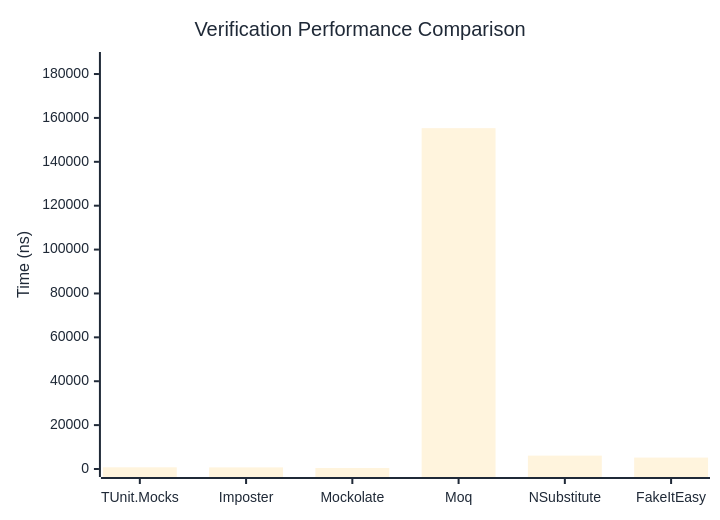
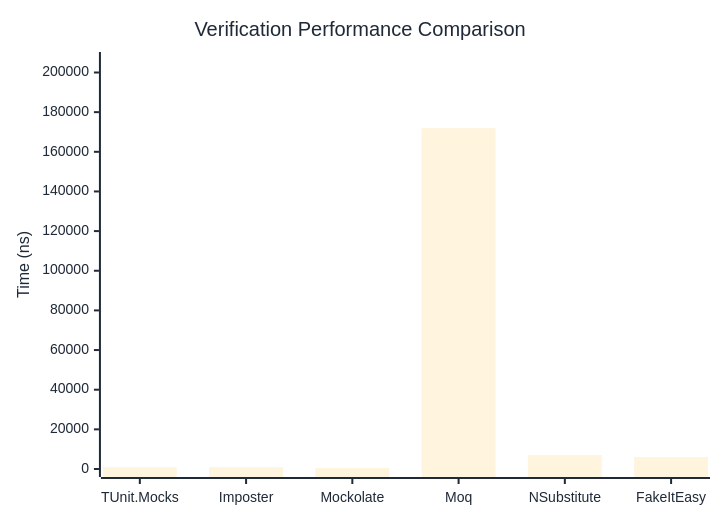
One commit to thomhurst/TUnit changed the first of 3 diagrams in docs/docs/benchmarks/mocks/Verification.md. Above: the diagram before and after it, drawn with Mermaid. The commit also changed other lines of this file and 14 other files, not shown here.

````diff
--- a/docs/docs/benchmarks/mocks/Verification.md
+++ b/docs/docs/benchmarks/mocks/Verification.md
@@ -30,27 +30,27 @@
 ```mermaid
 %%{init: {
   'theme':'base',
   'themeVariables': {
     'primaryColor': '#2563eb',
     'primaryTextColor': '#1f2937',
     'primaryBorderColor': '#1e40af',
     'lineColor': '#6b7280',
     'secondaryColor': '#7c3aed',
     'tertiaryColor': '#dc2626',
     'background': '#ffffff',
     'pie1': '#2563eb',
     'pie2': '#7c3aed',
     'pie3': '#dc2626',
     'pie4': '#f59e0b',
     'pie5': '#10b981',
     'pie6': '#06b6d4',
     'pie7': '#ec4899',
     'pie8': '#6366f1'
   }
 }}%%
 xychart-beta
   title "Verification Performance Comparison"
   x-axis ["TUnit.Mocks", "Imposter", "Mockolate", "Moq", "NSubstitute", "FakeItEasy"]
-  y-axis "Time (ns)" 0 --> 186396
-  bar [768.3, 736.12, 467.01, 155329.27, 6097.89, 5204.82]
+  y-axis "Time (ns)" 0 --> 206306
+  bar [905.98, 939.87, 558.25, 171921.64, 7053.3, 6073.6]
 ```
````
